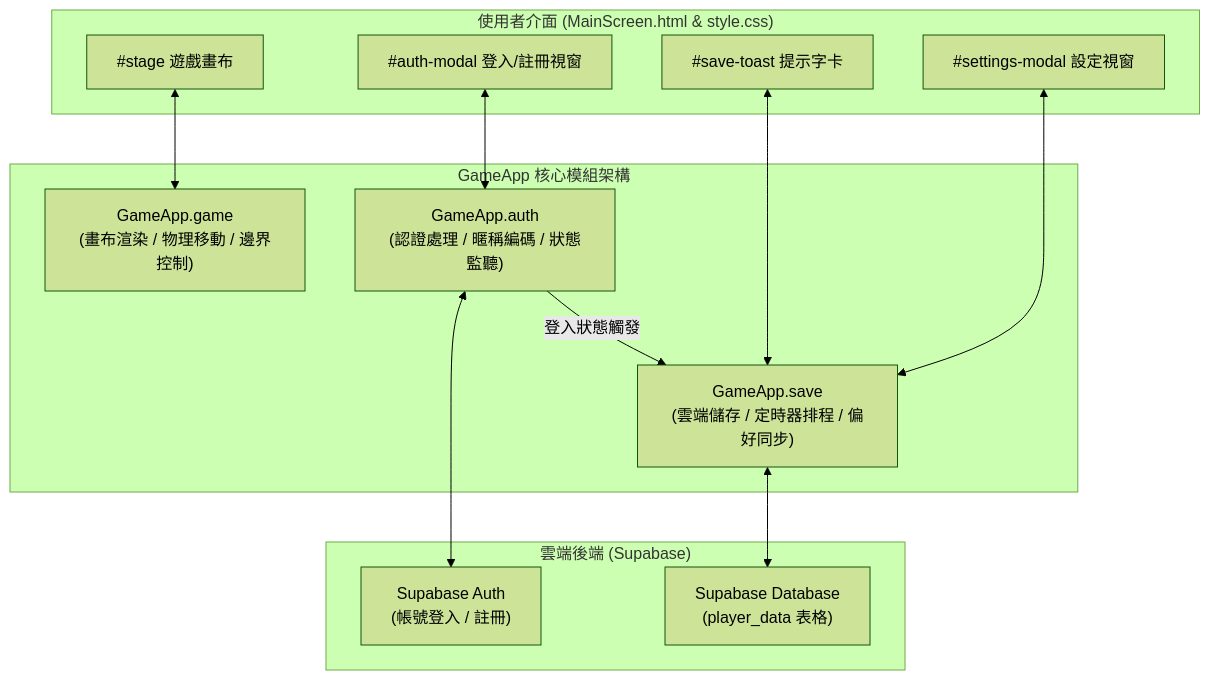
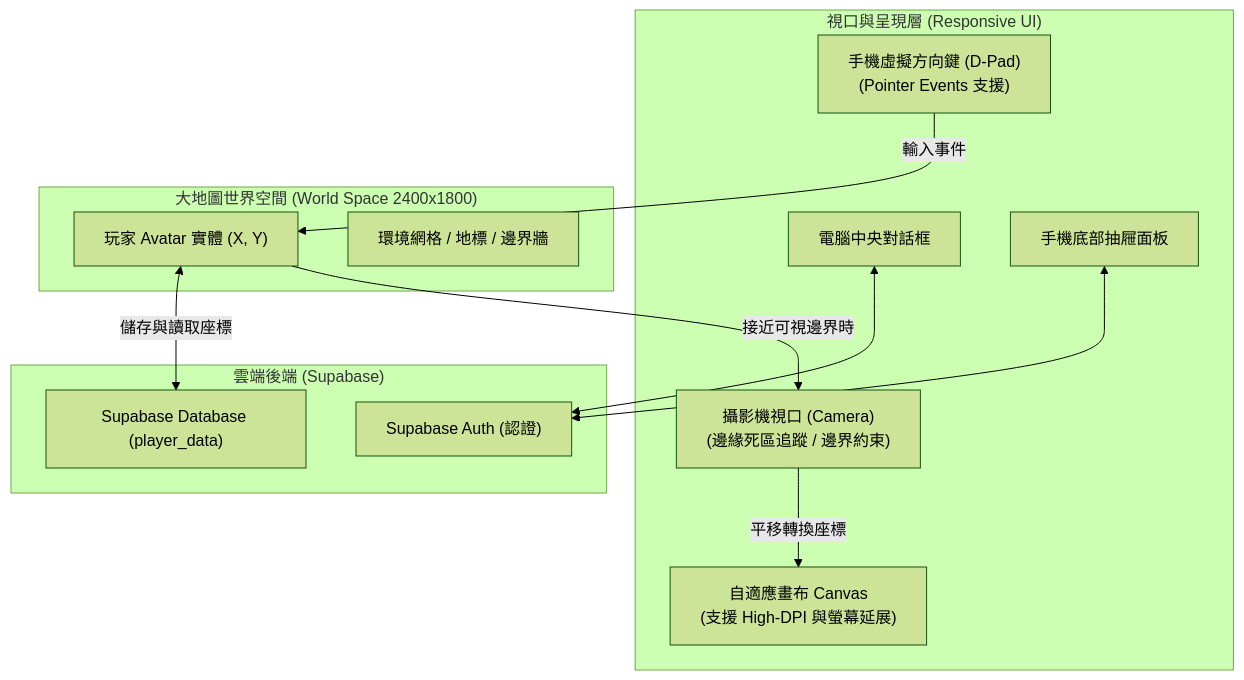
Before and after one commit to icecat14159/ai-game-project: the diagram in README.md, drawn with Mermaid (forest theme). The commit also changed other lines of this file and 3 other files, not shown here.

````diff
--- a/README.md
+++ b/README.md
@@ -56,29 +63,27 @@
 ```mermaid
 flowchart TD
-    subgraph UI["使用者介面 (MainScreen.html & style.css)"]
-        Canvas["#stage 遊戲畫布"]
-        AuthModal["#auth-modal 登入/註冊視窗"]
-        SettingsModal["#settings-modal 設定視窗"]
-        Toast["#save-toast 提示字卡"]
+    subgraph Viewport["視口與呈現層 (Responsive UI)"]
+        Canvas["自適應畫布 Canvas<br/>(支援 High-DPI 與螢幕延展)"]
+        Camera["攝影機視口 (Camera)<br/>(邊緣死區追蹤 / 邊界約束)"]
+        Touch["手機虛擬方向鍵 (D-Pad)<br/>(Pointer Events 支援)"]
+        ModalDesktop["電腦中央對話框"]
+        ModalMobile["手機底部抽屜面板"]
     end
 
-    subgraph Logic["GameApp 核心模組架構"]
-        Game["GameApp.game<br/>(畫布渲染 / 物理移動 / 邊界控制)"]
-        Auth["GameApp.auth<br/>(認證處理 / 暱稱編碼 / 狀態監聽)"]
-        Save["GameApp.save<br/>(雲端儲存 / 定時器排程 / 偏好同步)"]
+    subgraph World["大地圖世界空間 (World Space 2400x1800)"]
+        Player["玩家 Avatar 實體 (X, Y)"]
+        Grid["環境網格 / 地標 / 邊界牆"]
     end
 
     subgraph Backend["雲端後端 (Supabase)"]
-        SupaAuth["Supabase Auth<br/>(帳號登入 / 註冊)"]
-        SupaDB["Supabase Database<br/>(player_data 表格)"]
+        SupaAuth["Supabase Auth (認證)"]
+        SupaDB["Supabase Database (player_data)"]
     end
 
-    Canvas <--> Game
-    AuthModal <--> Auth
-    SettingsModal <--> Save
-    Toast <--> Save
-
-    Auth -->|登入狀態觸發| Save
-    Auth <--> SupaAuth
-    Save <--> SupaDB
+    Player -->|接近可視邊界時| Camera
+    Camera -->|平移轉換座標| Canvas
+    Touch -->|輸入事件| Player
+    Player <-->|儲存與讀取座標| SupaDB
+    ModalDesktop <--> SupaAuth
+    ModalMobile <--> SupaAuth
 ```
````
